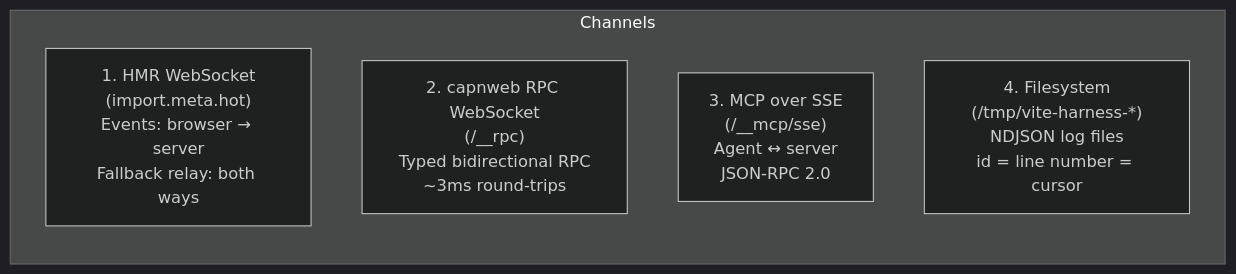
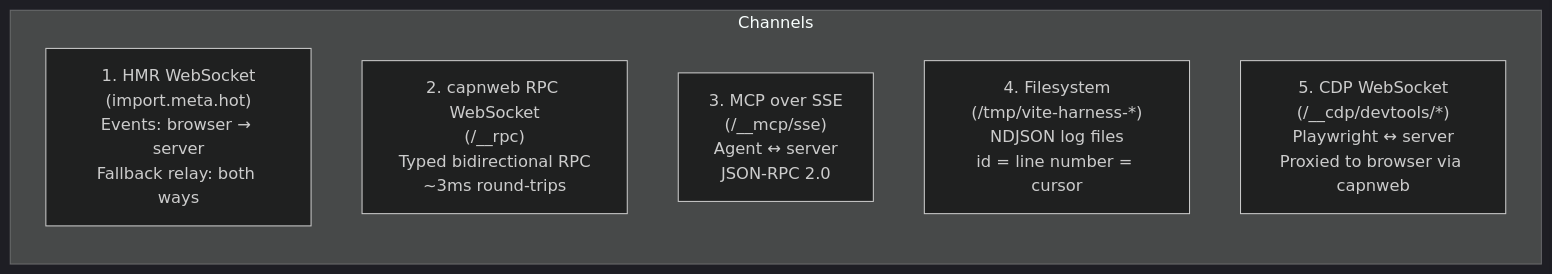
One commit to WinstonFassett/web-dev-mcp changed the second of 8 diagrams in context/spikes/2026-03-22-vite-live-dev-mcp/ARCHITECTURE.md. Above: the diagram before and after it, drawn with Mermaid (dark theme). The commit also changed other lines of this file and 9 other files, not shown here.

````diff
--- a/context/spikes/2026-03-22-vite-live-dev-mcp/ARCHITECTURE.md
+++ b/context/spikes/2026-03-22-vite-live-dev-mcp/ARCHITECTURE.md
@@ -60,10 +68,11 @@
 ```mermaid
 graph LR
     subgraph Channels
         direction TB
         A["1. HMR WebSocket<br/>(import.meta.hot)<br/>Events: browser → server<br/>Fallback relay: both ways"]
         B["2. capnweb RPC WebSocket<br/>(/__rpc)<br/>Typed bidirectional RPC<br/>~3ms round-trips"]
         C["3. MCP over SSE<br/>(/__mcp/sse)<br/>Agent ↔ server<br/>JSON-RPC 2.0"]
         D["4. Filesystem<br/>(/tmp/vite-harness-*)<br/>NDJSON log files<br/>id = line number = cursor"]
+        E["5. CDP WebSocket<br/>(/__cdp/devtools/*)<br/>Playwright ↔ server<br/>Proxied to browser via capnweb"]
     end
 ```
````
